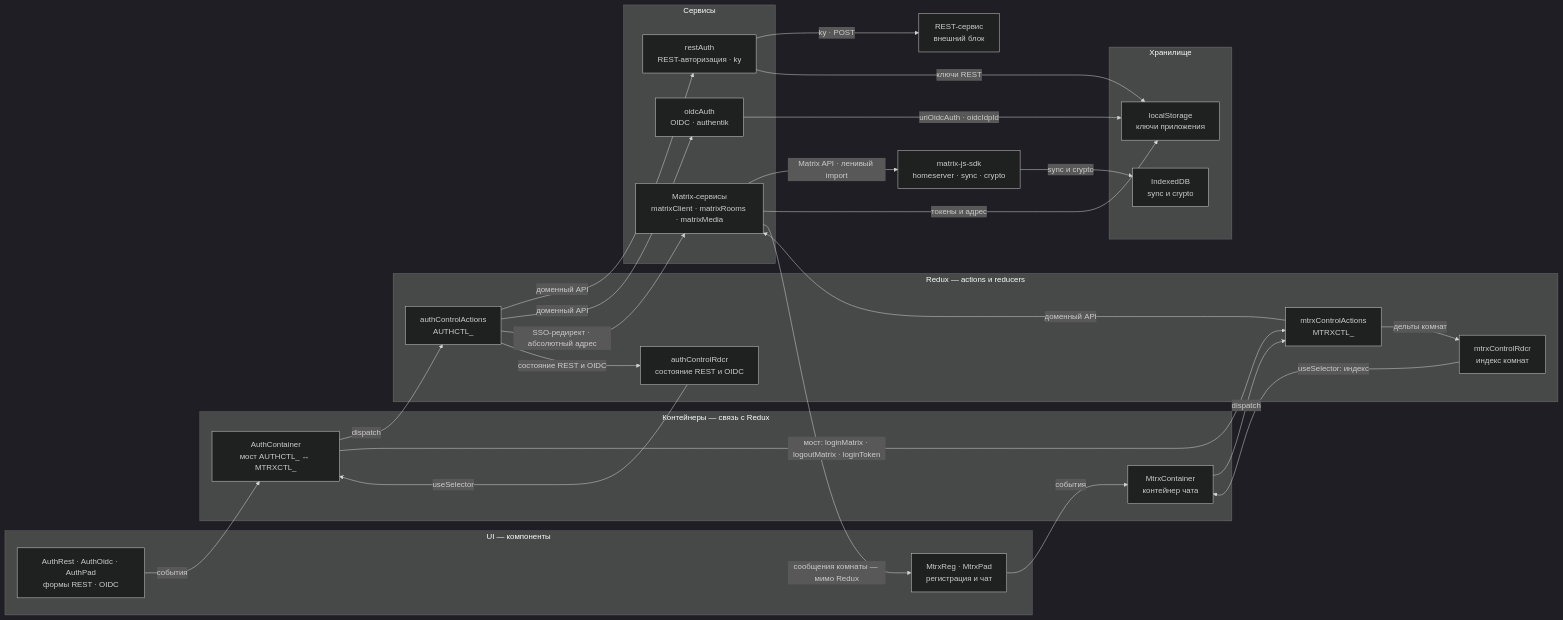
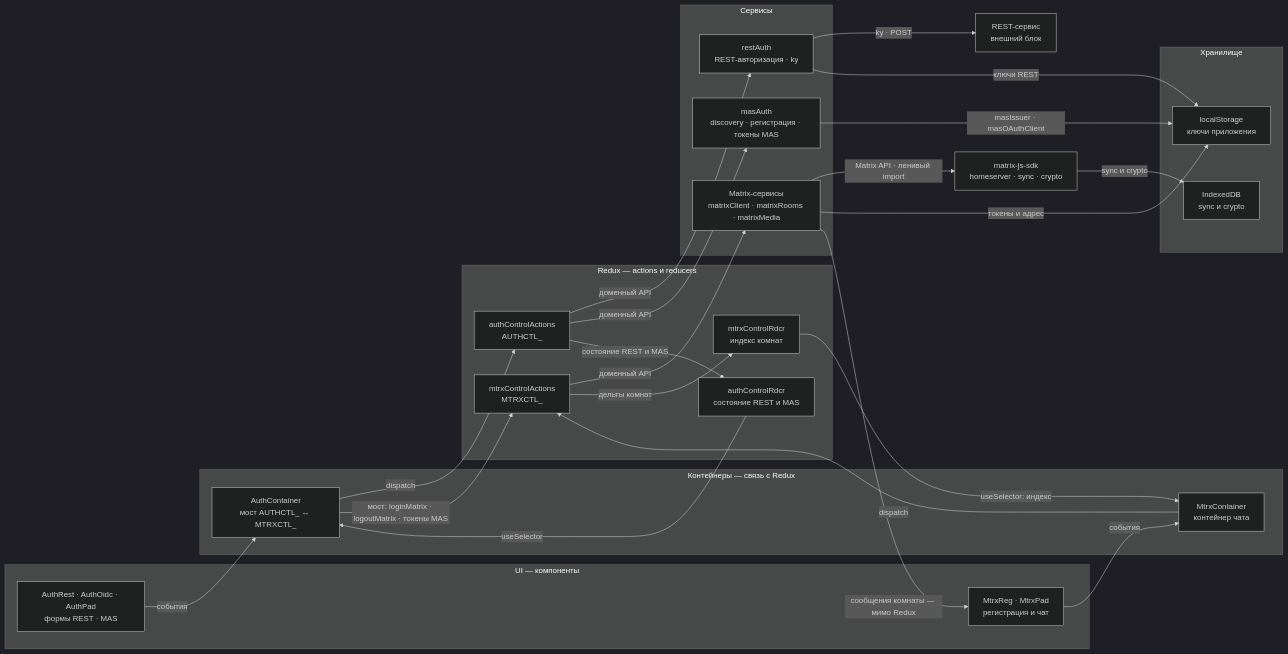
Before and after one commit to ars-anosov/matrix-react: the first of 6 diagrams in docs/STATE.md, drawn with Mermaid (dark theme). The commit also changed other lines of this file and 34 other files, not shown here.

Commit message:
Переехал на MAS сервис для Synapse OAuth OIDC.

````diff
--- a/docs/STATE.md
+++ b/docs/STATE.md
@@ -15,46 +15,45 @@
 ```mermaid
 flowchart LR
   subgraph UI["UI — компоненты"]
-    ViewAuth["AuthRest · AuthOidc · AuthPad<br/>формы REST · OIDC"]
+    ViewAuth["AuthRest · AuthOidc · AuthPad<br/>формы REST · MAS"]
     ViewMtrx["MtrxReg · MtrxPad<br/>регистрация и чат"]
   end
   subgraph CT["Контейнеры — связь с Redux"]
     Bridge["AuthContainer<br/>мост AUTHCTL_ ↔ MTRXCTL_"]
     MtrxCnt["MtrxContainer<br/>контейнер чата"]
   end
   subgraph RX["Redux — actions и reducers"]
     AuthAct["authControlActions<br/>AUTHCTL_"]
-    AuthStore["authControlRdcr<br/>состояние REST и OIDC"]
+    AuthStore["authControlRdcr<br/>состояние REST и MAS"]
     MtrxAct["mtrxControlActions<br/>MTRXCTL_"]
     MtrxStore["mtrxControlRdcr<br/>индекс комнат"]
   end
   subgraph SV["Сервисы"]
     RestSvc["restAuth<br/>REST-авторизация · ky"]
-    OidcSvc["oidcAuth<br/>OIDC · authentik"]
+    MasSvc["masAuth<br/>discovery · регистрация · токены MAS"]
     MtrxSvc["Matrix-сервисы<br/>matrixClient · matrixRooms · matrixMedia"]
   end
   subgraph ST["Хранилище"]
     Ls["localStorage<br/>ключи приложения"]
     Idb["IndexedDB<br/>sync и crypto"]
   end
   ViewAuth -->|события| Bridge
   Bridge -->|dispatch| AuthAct
   AuthAct -->|доменный API| RestSvc
   RestSvc -->|ky · POST| RestRes["REST-сервис<br/>внешний блок"]
-  AuthAct -->|доменный API| OidcSvc
-  AuthAct -->|SSO-редирект · абсолютный адрес| MtrxSvc
-  AuthAct -->|состояние REST и OIDC| AuthStore
+  AuthAct -->|доменный API| MasSvc
+  AuthAct -->|состояние REST и MAS| AuthStore
   AuthStore -->|useSelector| Bridge
   RestSvc -->|ключи REST| Ls
-  OidcSvc -->|uriOidcAuth · oidcIdpId| Ls
+  MasSvc -->|masIssuer · masOAuthClient| Ls
   ViewMtrx -->|события| MtrxCnt
   MtrxCnt -->|dispatch| MtrxAct
   MtrxAct -->|доменный API| MtrxSvc
   MtrxSvc -->|Matrix API · ленивый import| Sdk["matrix-js-sdk<br/>homeserver · sync · crypto"]
   MtrxAct -->|дельты комнат| MtrxStore
   MtrxStore -->|useSelector: индекс| MtrxCnt
   MtrxSvc -->|токены и адрес| Ls
   Sdk -->|sync и crypto| Idb
   MtrxSvc -->|сообщения комнаты — мимо Redux| ViewMtrx
-  Bridge -->|мост: loginMatrix · logoutMatrix · loginToken| MtrxAct
+  Bridge -->|мост: loginMatrix · logoutMatrix · токены MAS| MtrxAct
 ```
````
